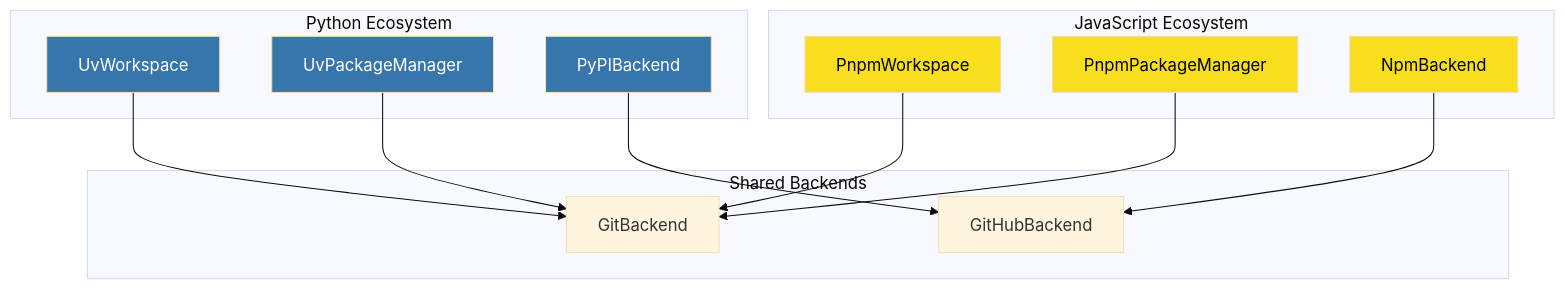
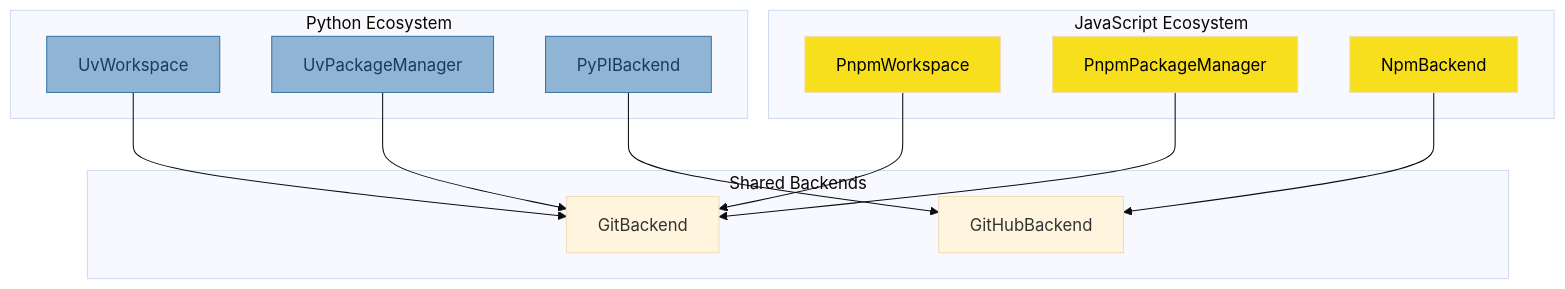
Before and after one commit to genkit-ai/genkit-python: the second of 2 diagrams in tools/releasekit/docs/docs/guides/multi-ecosystem.md, drawn with Mermaid (base theme). The commit also changed other lines of this file and 208 other files, not shown here.

````diff
--- a/tools/releasekit/docs/docs/guides/multi-ecosystem.md
+++ b/tools/releasekit/docs/docs/guides/multi-ecosystem.md
@@ -81,30 +81,30 @@
 ```mermaid
 graph TB
     subgraph "Python Ecosystem"
         UV_WS["UvWorkspace"]
         UV_PM["UvPackageManager"]
         PYPI["PyPIBackend"]
     end
 
     subgraph "JavaScript Ecosystem"
         PNPM_WS["PnpmWorkspace"]
         PNPM_PM["PnpmPackageManager"]
         NPM["NpmBackend"]
     end
 
     subgraph "Shared Backends"
         GIT["GitBackend"]
         GH["GitHubBackend"]
     end
 
     UV_WS & PNPM_WS --> GIT
     UV_PM & PNPM_PM --> GIT
     PYPI & NPM --> GH
 
-    style UV_WS fill:#3776ab,color:#fff
-    style UV_PM fill:#3776ab,color:#fff
-    style PYPI fill:#3776ab,color:#fff
+    style UV_WS fill:#90b4d4,stroke:#3776ab,color:#1a3a5c
+    style UV_PM fill:#90b4d4,stroke:#3776ab,color:#1a3a5c
+    style PYPI fill:#90b4d4,stroke:#3776ab,color:#1a3a5c
     style PNPM_WS fill:#f7df1e,color:#000
     style PNPM_PM fill:#f7df1e,color:#000
     style NPM fill:#f7df1e,color:#000
 ```
````
